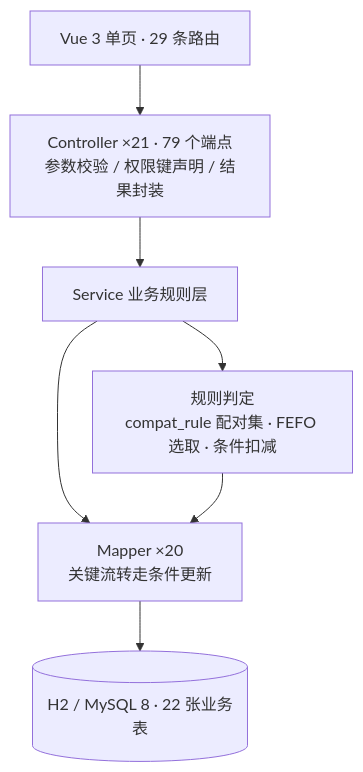
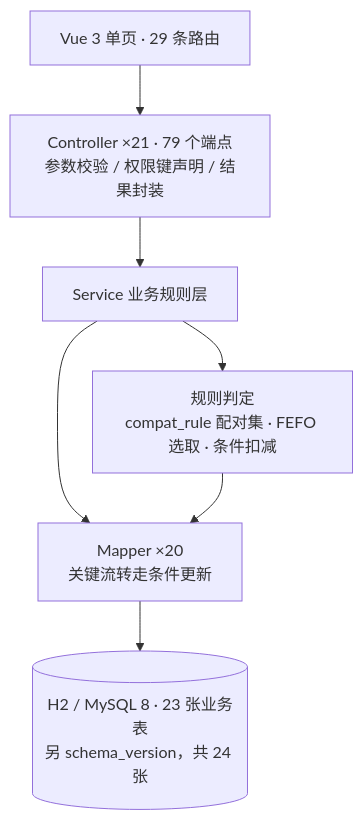
Before and after one commit to zhangjingtong000/hazmat-lims: the diagram in README.md, drawn with Mermaid. The commit also changed other lines of this file and 27 other files, not shown here.

````diff
--- a/README.md
+++ b/README.md
@@ -10,9 +9,9 @@
 ```mermaid
 flowchart TB
   UI["Vue 3 单页 · 29 条路由"] --> C["Controller ×21 · 79 个端点<br/>参数校验 / 权限键声明 / 结果封装"]
   C --> S["Service 业务规则层"]
   S --> R["规则判定<br/>compat_rule 配对集 · FEFO 选取 · 条件扣减"]
   S --> M["Mapper ×20<br/>关键流转走条件更新"]
   R --> M
-  M --> DB[("H2 / MySQL 8 · 22 张业务表")]
+  M --> DB[("H2 / MySQL 8 · 23 张业务表<br/>另 schema_version，共 24 张")]
 ```
````
